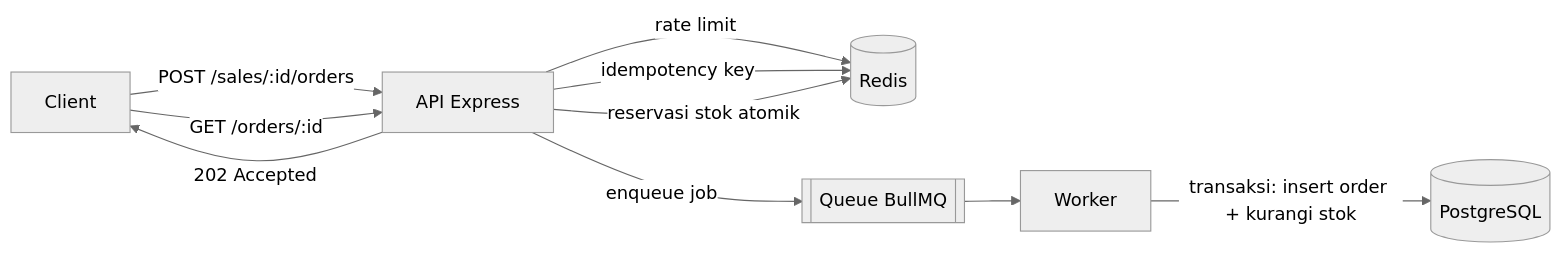
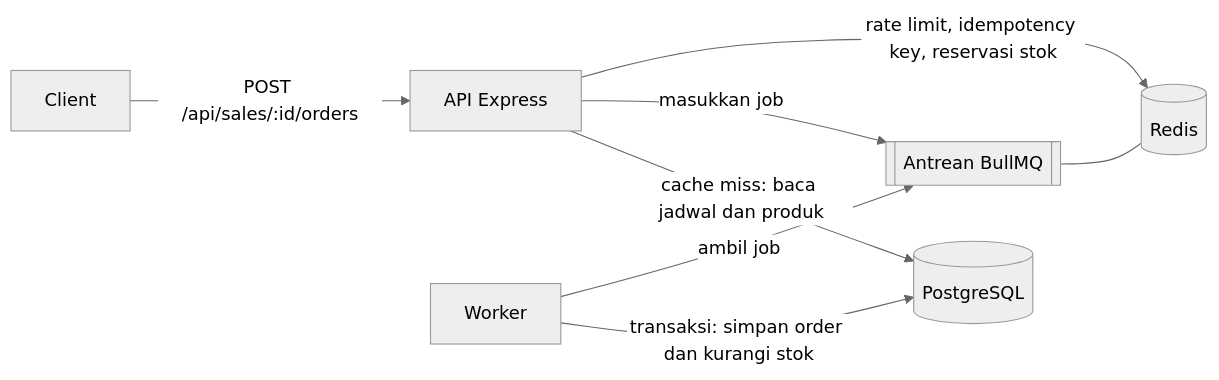
One commit to parun0221/FlashSale changed the first of 2 diagrams in backend/README.md. Above: the diagram before and after it, drawn with Mermaid (neutral theme). The commit also changed other lines of this file and 1 other file, not shown here.

````diff
--- a/backend/README.md
+++ b/backend/README.md
@@ -16,12 +26,10 @@
 ```mermaid
 flowchart LR
-  C[Client] -->|POST /sales/:id/orders| A[API Express]
-  A -->|rate limit| R[(Redis)]
-  A -->|idempotency key| R
-  A -->|reservasi stok atomik| R
-  A -->|enqueue job| Q[[Queue BullMQ]]
-  A -->|202 Accepted| C
-  Q --> W[Worker]
-  W -->|transaksi: insert order + kurangi stok| P[(PostgreSQL)]
-  C -->|GET /orders/:id| A
+  C[Client] -->|"POST /api/sales/:id/orders"| A[API Express]
+  A -->|"rate limit, idempotency key, reservasi stok"| R[(Redis)]
+  A -->|"masukkan job"| Q[[Antrean BullMQ]]
+  Q --- R
+  W[Worker] -->|"ambil job"| Q
+  W -->|"transaksi: simpan order dan kurangi stok"| P[(PostgreSQL)]
+  A -->|"cache miss: baca jadwal dan produk"| P
 ```
````
